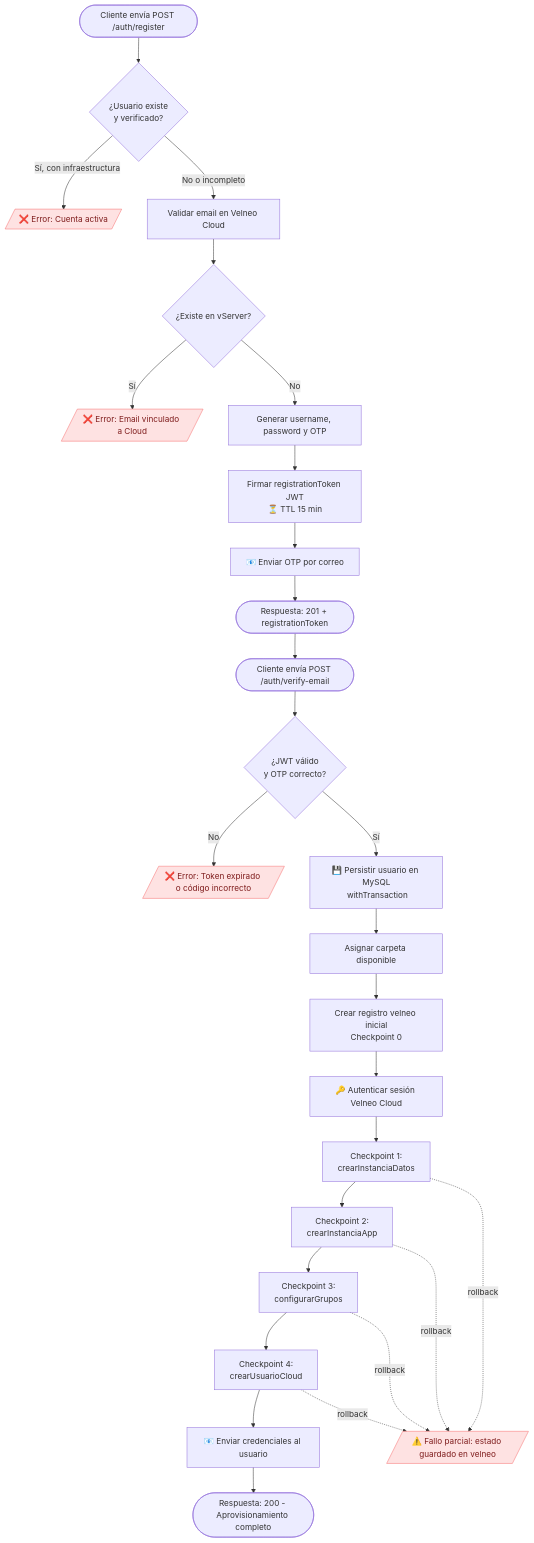
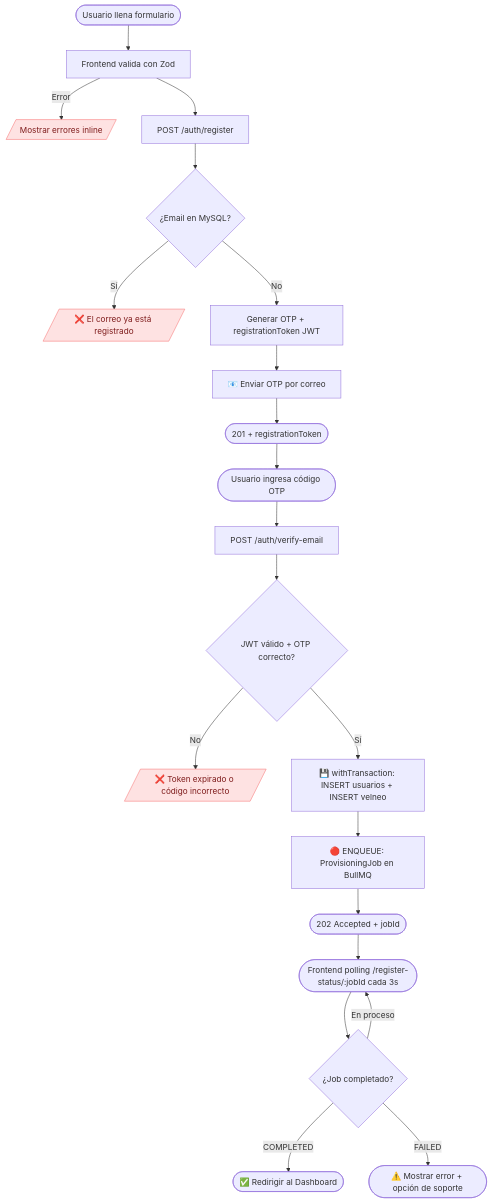
The first of 4 diagrams in web/modulos/registro/registro.md (arturomiranda/ds-qs), drawn with Mermaid before and after one commit. The commit also changed other lines of this file, not shown here.

Commit message:
integracion del modulo de registro

````diff
--- a/web/modulos/registro/registro.md
+++ b/web/modulos/registro/registro.md
@@ -23,33 +128,27 @@
 ```mermaid
 flowchart TD
-    A([Cliente envía POST /auth/register]) --> B{¿Usuario existe\ny verificado?}
-    B -- Sí, con infraestructura --> E1[/"❌ Error: Cuenta activa"/]:::error
-    B -- No o incompleto --> C[Validar email en Velneo Cloud]
-    C --> D{¿Existe en vServer?}
-    D -- Sí --> E2[/"❌ Error: Email vinculado a Cloud"/]:::error
-    D -- No --> F[Generar username, password y OTP]
-    F --> G[Firmar registrationToken JWT\n⏳ TTL 15 min]
-    G --> H[📧 Enviar OTP por correo]
-    H --> I([Respuesta: 201 + registrationToken])
+    A([Usuario llena formulario]) --> B[Frontend valida con Zod]
+    B -->|Error| B1[/Mostrar errores inline/]:::error
+    B --> C[POST /auth/register]
+    C --> D{¿Email en MySQL?}
+    D -->|Sí| E[/❌ El correo ya está registrado/]:::error
+    D -->|No| F[Generar OTP + registrationToken JWT]
+    F --> G[📧 Enviar OTP por correo]
+    G --> H([201 + registrationToken])
 
-    I --> J([Cliente envía POST /auth/verify-email])
-    J --> K{¿JWT válido\ny OTP correcto?}
-    K -- No --> E3[/"❌ Error: Token expirado o código incorrecto"/]:::error
-    K -- Sí --> L[💾 Persistir usuario en MySQL\n withTransaction]
-    L --> M[Asignar carpeta disponible]
-    M --> N[Crear registro velneo inicial\nCheckpoint 0]
-    N --> O[🔑 Autenticar sesión Velneo Cloud]
-    O --> P[Checkpoint 1:\ncrearInstanciaDatos]
-    P --> Q[Checkpoint 2:\ncrearInstanciaApp]
-    Q --> R[Checkpoint 3:\nconfigurarGrupos]
-    R --> S[Checkpoint 4:\ncrearUsuarioCloud]
-    S --> T[📧 Enviar credenciales al usuario]
-    T --> U([Respuesta: 200 - Aprovisionamiento completo])
+    H --> I([Usuario ingresa código OTP])
+    I --> J[POST /auth/verify-email]
+    J --> K{JWT válido + OTP correcto?}
+    K -->|No| L[/❌ Token expirado o código incorrecto/]:::error
+    K -->|Sí| M[💾 withTransaction: INSERT usuarios + INSERT velneo]
+    M --> N[🔴 ENQUEUE: ProvisioningJob en BullMQ]
+    N --> O([202 Accepted + jobId])
 
-    P -. rollback .-> E4[/"⚠️ Fallo parcial: estado guardado en velneo"/]:::error
-    Q -. rollback .-> E4
-    R -. rollback .-> E4
-    S -. rollback .-> E4
+    O --> P([Frontend polling /register-status/:jobId cada 3s])
+    P --> Q{¿Job completado?}
+    Q -->|En proceso| P
+    Q -->|COMPLETED| R([✅ Redirigir al Dashboard])
+    Q -->|FAILED| S([⚠️ Mostrar error + opción de soporte])
 
     classDef error fill:#fee2e2,stroke:#f87171,color:#7f1d1d
 ```
````
